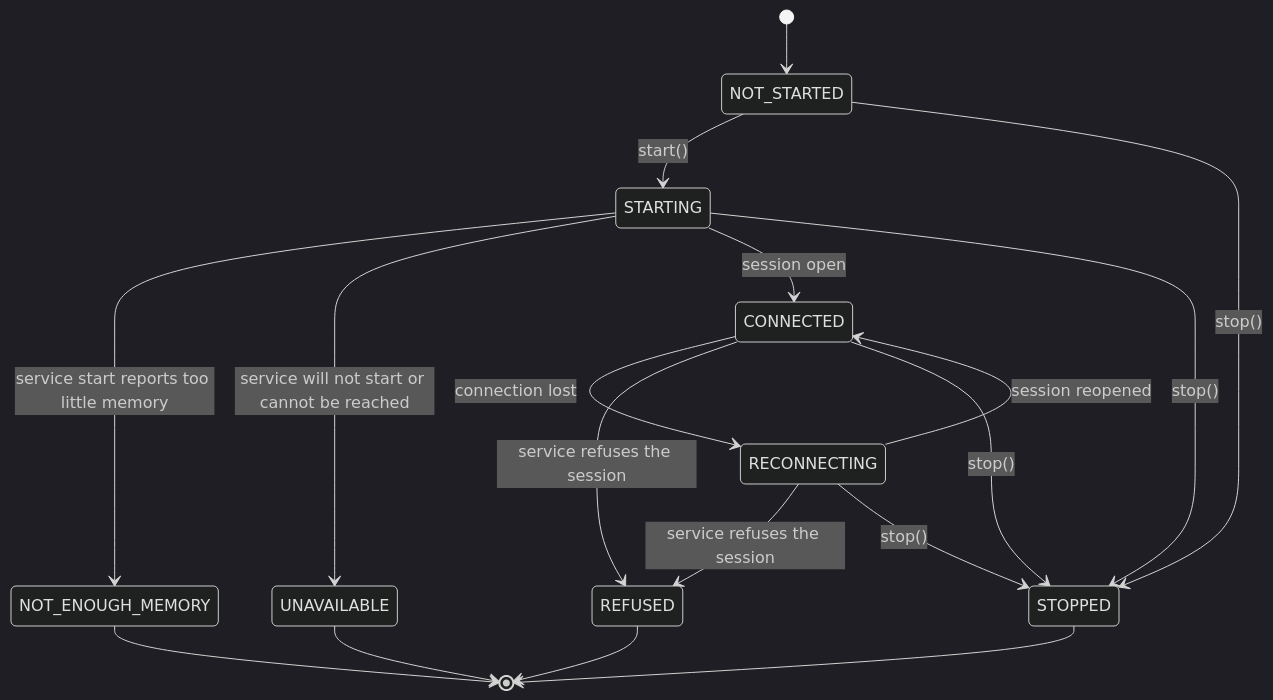
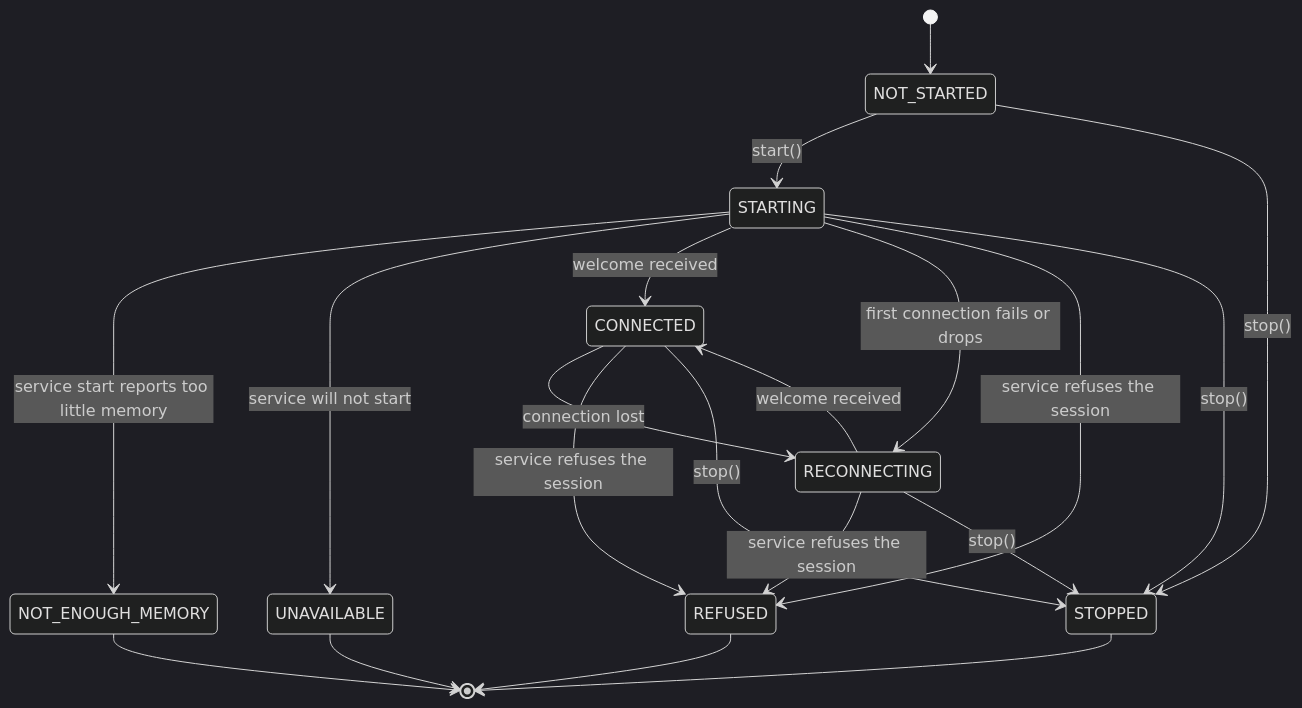
The first of 5 diagrams in plans/2026-11-23-spare-credits-exploration.md (terrysimons/glitchygames), drawn with Mermaid (dark theme) before and after one commit. The commit also changed other lines of this file and 1 other file, not shown here.

Commit message:
Plan: correct the link diagram against the code; add a boot deadline

````diff
--- a/plans/2026-11-23-spare-credits-exploration.md
+++ b/plans/2026-11-23-spare-credits-exploration.md
@@ -191,20 +191,22 @@
 ```mermaid
 stateDiagram-v2
     [*] --> NOT_STARTED
     NOT_STARTED --> STARTING: start()
     STARTING --> NOT_ENOUGH_MEMORY: service start reports too little memory
-    STARTING --> UNAVAILABLE: service will not start or cannot be reached
-    STARTING --> CONNECTED: session open
+    STARTING --> UNAVAILABLE: service will not start
+    STARTING --> CONNECTED: welcome received
+    STARTING --> RECONNECTING: first connection fails or drops
+    STARTING --> REFUSED: service refuses the session
     CONNECTED --> RECONNECTING: connection lost
-    RECONNECTING --> CONNECTED: session reopened
+    RECONNECTING --> CONNECTED: welcome received
     CONNECTED --> REFUSED: service refuses the session
     RECONNECTING --> REFUSED: service refuses the session
     NOT_STARTED --> STOPPED: stop()
     STARTING --> STOPPED: stop()
     CONNECTED --> STOPPED: stop()
     RECONNECTING --> STOPPED: stop()
     NOT_ENOUGH_MEMORY --> [*]
     UNAVAILABLE --> [*]
     REFUSED --> [*]
     STOPPED --> [*]
 ```
````
